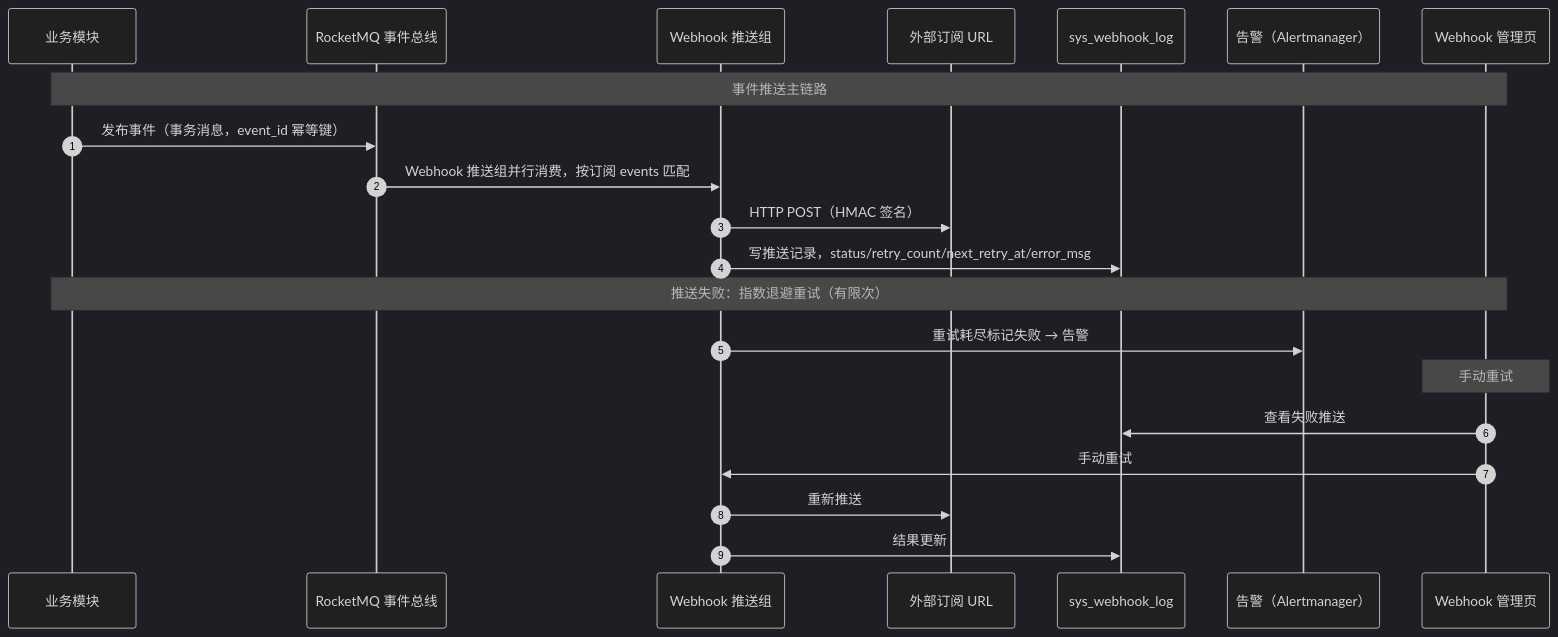
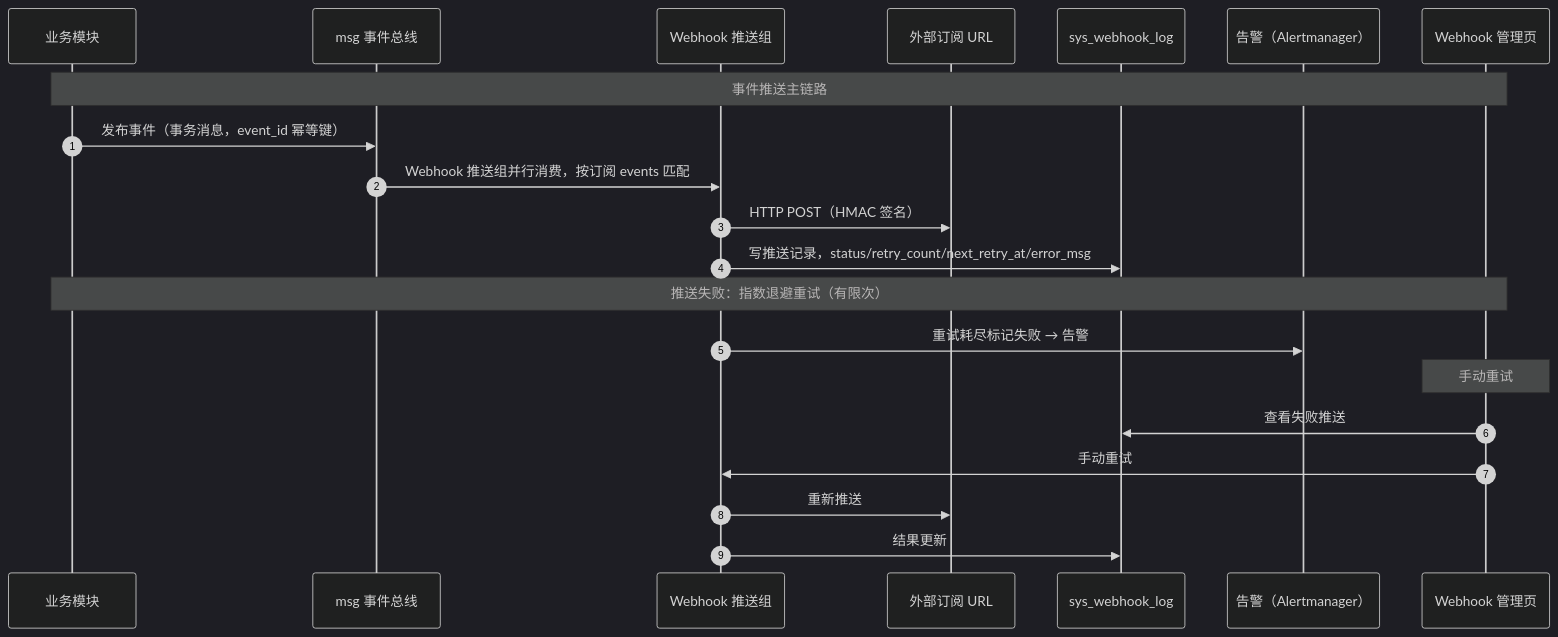
Before and after one commit to minjian123/basic-management-system: the diagram in bms文档/设计/概要设计/21_概要设计_Webhook管理.md, drawn with Mermaid (dark theme). The commit also changed other lines of this file and 118 other files, not shown here.

````diff
--- a/bms文档/设计/概要设计/21_概要设计_Webhook管理.md
+++ b/bms文档/设计/概要设计/21_概要设计_Webhook管理.md
@@ -52,24 +52,24 @@
 ```mermaid
 sequenceDiagram
     autonumber
     participant 业务模块
-    participant RocketMQ as RocketMQ 事件总线
+    participant msg as msg 事件总线
     participant 推送组 as Webhook 推送组
     participant 外部URL as 外部订阅 URL
     participant 推送日志 as sys_webhook_log
     participant 告警 as 告警（Alertmanager）
     participant 管理页 as Webhook 管理页
 
     Note over 业务模块,管理页: 事件推送主链路
-    业务模块->>RocketMQ: 发布事件（事务消息，event_id 幂等键）
-    RocketMQ->>推送组: Webhook 推送组并行消费，按订阅 events 匹配
+    业务模块->>msg: 发布事件（事务消息，event_id 幂等键）
+    msg->>推送组: Webhook 推送组并行消费，按订阅 events 匹配
     推送组->>外部URL: HTTP POST（HMAC 签名）
     推送组->>推送日志: 写推送记录，status/retry_count/next_retry_at/error_msg
     Note over 业务模块,管理页: 推送失败：指数退避重试（有限次）
     推送组->>告警: 重试耗尽标记失败 → 告警
     Note over 管理页: 手动重试
     管理页->>推送日志: 查看失败推送
     管理页->>推送组: 手动重试
     推送组->>外部URL: 重新推送
     推送组->>推送日志: 结果更新
 ```
````
